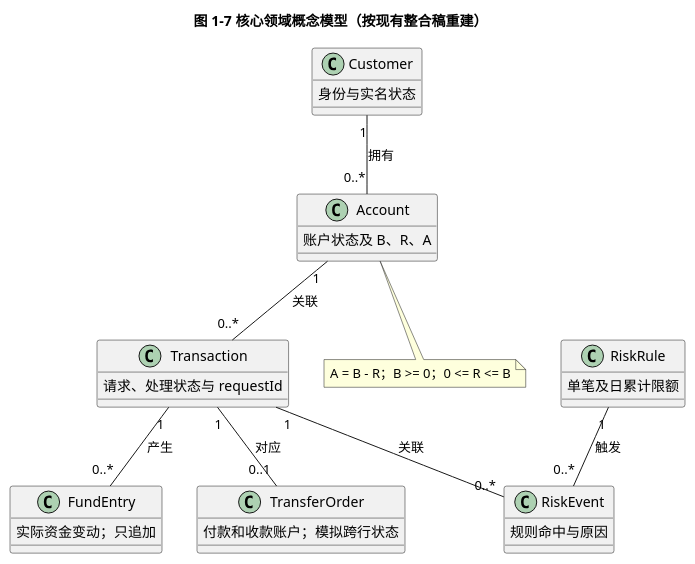
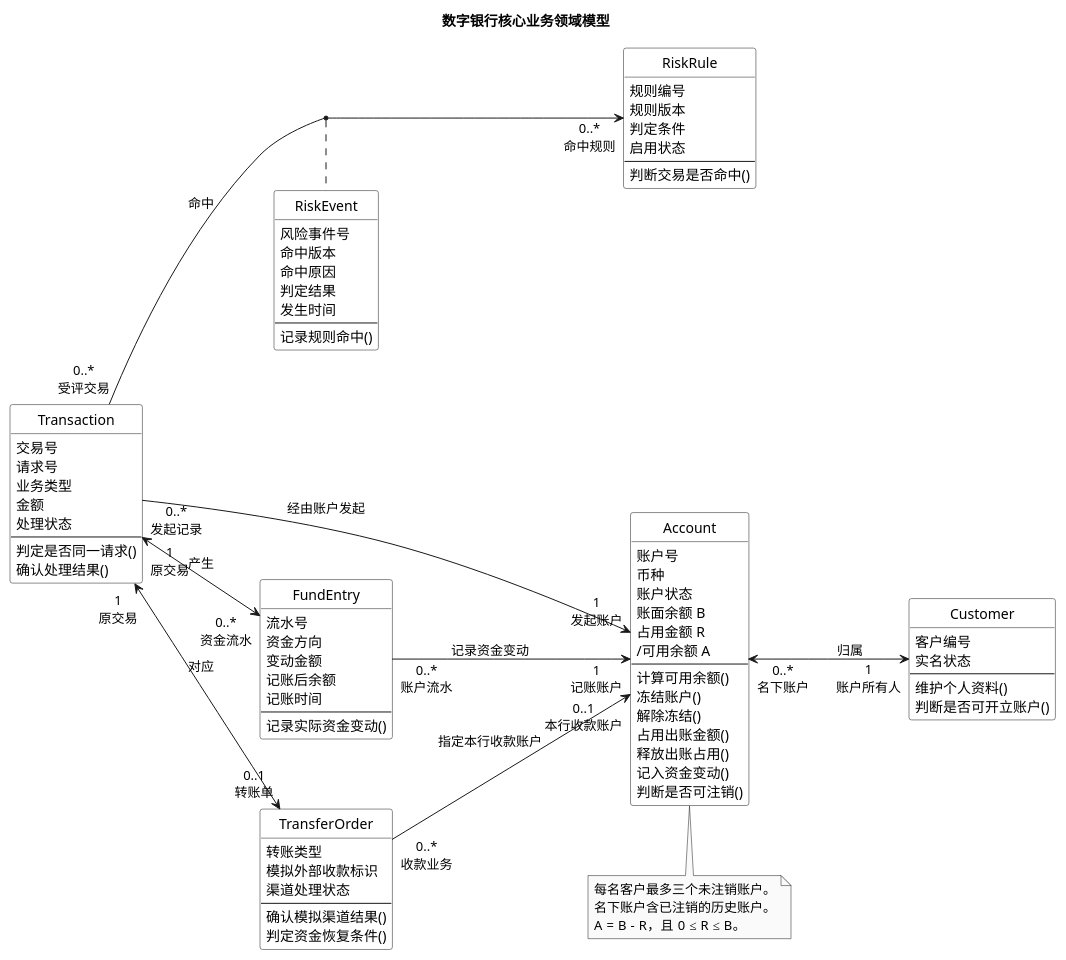
One commit to liujiang781/digital-bank-core changed the diagram in docs/uml/class/domain-model.puml. Above: the diagram before and after it, drawn with PlantUML. The commit also changed 19 other files, not shown here.

First line of the commit message:
docs(uml): 对齐本地课件并交付 S5 接入说明

```diff
--- a/docs/uml/class/domain-model.puml
+++ b/docs/uml/class/domain-model.puml
@@ -1,34 +1,101 @@
 @startuml
-skinparam defaultFontName "Microsoft YaHei"
-title 图 1-7 核心领域概念模型（按现有整合稿重建）
+left to right direction
+skinparam defaultFontName Microsoft YaHei
+skinparam monochrome true
+skinparam shadowing false
+skinparam classAttributeIconSize 0
+skinparam classBackgroundColor White
+skinparam nodesep 70
+skinparam ranksep 90
+hide circle
+title 数字银行核心业务领域模型
+
 class "Customer" as C {
-  身份与实名状态
+  客户编号
+  实名状态
+  --
+  维护个人资料()
+  判断是否可开立账户()
 }
+
 class "Account" as A {
-  账户状态及 B、R、A
+  账户号
+  币种
+  账户状态
+  账面余额 B
+  占用金额 R
+  /可用余额 A
+  --
+  计算可用余额()
+  冻结账户()
+  解除冻结()
+  占用出账金额()
+  释放出账占用()
+  记入资金变动()
+  判断是否可注销()
 }
+
 class "Transaction" as T {
-  请求、处理状态与 requestId
+  交易号
+  请求号
+  业务类型
+  金额
+  处理状态
+  --
+  判定是否同一请求()
+  确认处理结果()
 }
+
 class "FundEntry" as F {
-  实际资金变动；只追加
+  流水号
+  资金方向
+  变动金额
+  记账后余额
+  记账时间
+  --
+  记录实际资金变动()
 }
+
 class "TransferOrder" as O {
-  付款和收款账户；模拟跨行状态
+  转账类型
+  模拟外部收款标识
+  渠道处理状态
+  --
+  确认模拟渠道结果()
+  判定资金恢复条件()
 }
+
 class "RiskRule" as RR {
-  单笔及日累计限额
+  规则编号
+  规则版本
+  判定条件
+  启用状态
+  --
+  判断交易是否命中()
 }
+
 class "RiskEvent" as RE {
-  规则命中与原因
+  风险事件号
+  命中版本
+  命中原因
+  判定结果
+  发生时间
+  --
+  记录规则命中()
 }
-C "1" -- "0..*" A : 拥有
-A "1" -- "0..*" T : 关联
-T "1" -- "0..*" F : 产生
-T "1" -- "0..1" O : 对应
-RR "1" -- "0..*" RE : 触发
-T "1" -- "0..*" RE : 关联
+
+A "0..*\n名下账户" <--> "1\n账户所有人" C : 归属
+T "0..*\n发起记录" --> "1\n发起账户" A : 经由账户发起
+T "1\n原交易" <--> "0..*\n资金流水" F : 产生
+F "0..*\n账户流水" --> "1\n记账账户" A : 记录资金变动
+T "1\n原交易" <--> "0..1\n转账单" O : 对应
+O "0..*\n收款业务" --> "0..1\n本行收款账户" A : 指定本行收款账户
+T "0..*\n受评交易" --> "0..*\n命中规则" RR : 命中
+(T, RR) .. RE
+
 note bottom of A
-A = B - R；B >= 0；0 <= R <= B
+  每名客户最多三个未注销账户。
+  名下账户含已注销的历史账户。
+  A = B - R，且 0 ≤ R ≤ B。
 end note
 @enduml
```
